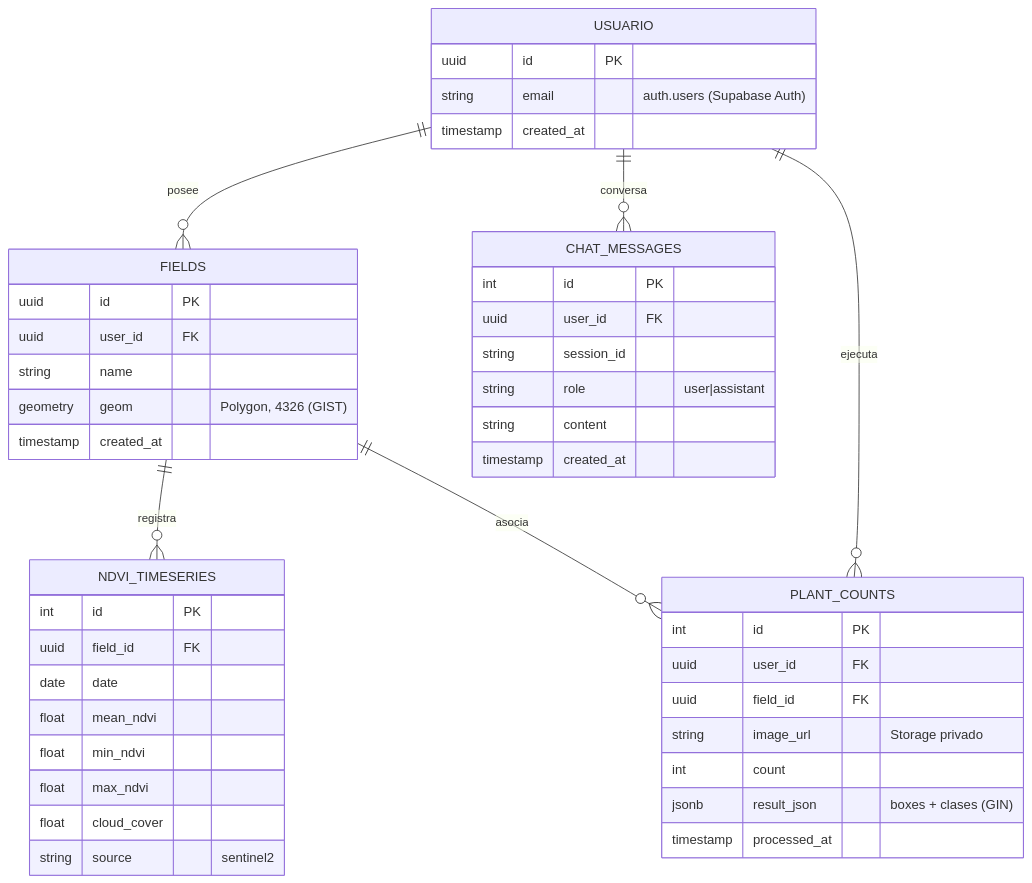
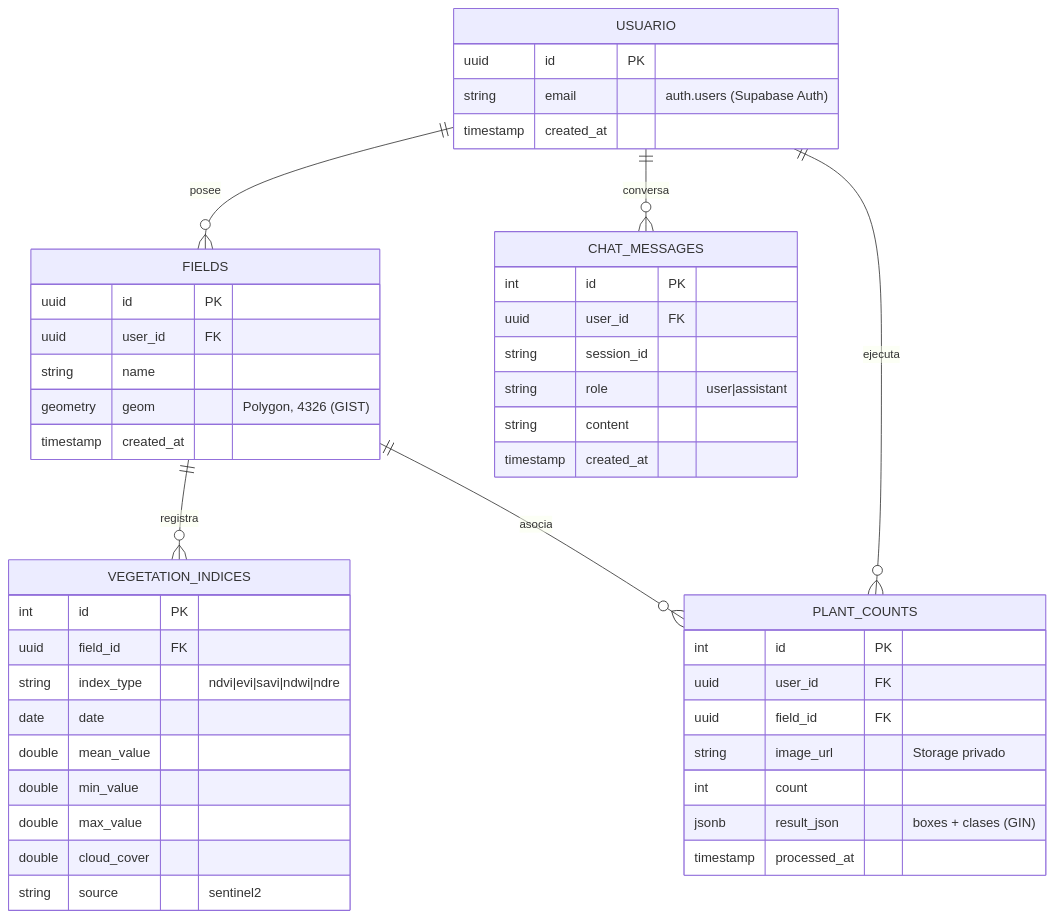
The third of 3 diagrams in docs/reference/description_proyecto_agrovision.md (AlexPrietoRomani/AgroVision), drawn with Mermaid before and after one commit. The commit also changed other lines of this file and 2 other files, not shown here.

First line of the commit message:
docs(architecture): actualiza ER y tablas tras eliminar ndvi_timeseries

````diff
--- a/docs/reference/description_proyecto_agrovision.md
+++ b/docs/reference/description_proyecto_agrovision.md
@@ -124,48 +124,49 @@
 ```mermaid
 erDiagram
     USUARIO ||--o{ FIELDS : "posee"
-    FIELDS ||--o{ NDVI_TIMESERIES : "registra"
+    FIELDS ||--o{ VEGETATION_INDICES : "registra"
     FIELDS ||--o{ PLANT_COUNTS : "asocia"
     USUARIO ||--o{ PLANT_COUNTS : "ejecuta"
     USUARIO ||--o{ CHAT_MESSAGES : "conversa"
 
     USUARIO {
         uuid id PK
         string email "auth.users (Supabase Auth)"
         timestamp created_at
     }
     FIELDS {
         uuid id PK
         uuid user_id FK
         string name
         geometry geom "Polygon, 4326 (GIST)"
         timestamp created_at
     }
-    NDVI_TIMESERIES {
+    VEGETATION_INDICES {
         int id PK
         uuid field_id FK
+        string index_type "ndvi|evi|savi|ndwi|ndre"
         date date
-        float mean_ndvi
-        float min_ndvi
-        float max_ndvi
-        float cloud_cover
+        double mean_value
+        double min_value
+        double max_value
+        double cloud_cover
         string source "sentinel2"
     }
     PLANT_COUNTS {
         int id PK
         uuid user_id FK
         uuid field_id FK
         string image_url "Storage privado"
         int count
         jsonb result_json "boxes + clases (GIN)"
         timestamp processed_at
     }
     CHAT_MESSAGES {
         int id PK
         uuid user_id FK
         string session_id
         string role "user|assistant"
         string content
         timestamp created_at
     }
 ```
````
